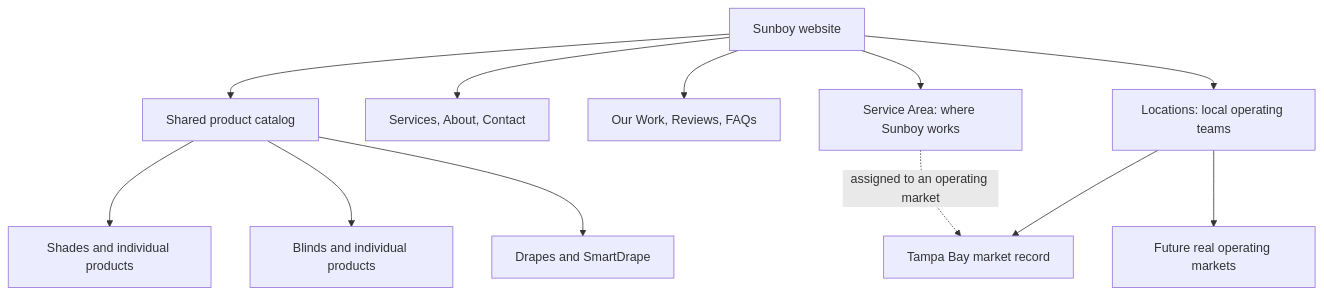
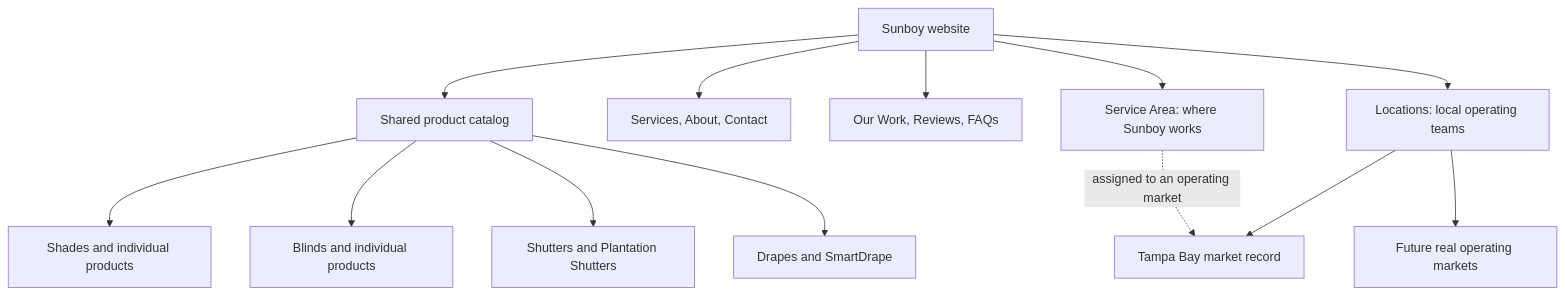
The diagram in architecture/README.md (cody-del/Sunboyblinds), drawn with Mermaid before and after one commit. The commit also changed other lines of this file and 32 other files, not shown here.

Commit message:
Align product menus and add Plantation Shutters

````diff
--- a/architecture/README.md
+++ b/architecture/README.md
@@ -11,14 +11,15 @@
 ```mermaid
 flowchart TD
     Brand["Sunboy website"] --> Catalog["Shared product catalog"]
     Brand --> Company["Services, About, Contact"]
     Brand --> Proof["Our Work, Reviews, FAQs"]
     Brand --> Coverage["Service Area: where Sunboy works"]
     Brand --> Locations["Locations: local operating teams"]
     Catalog --> Shades["Shades and individual products"]
     Catalog --> Blinds["Blinds and individual products"]
+    Catalog --> Shutters["Shutters and Plantation Shutters"]
     Catalog --> Drapes["Drapes and SmartDrape"]
     Locations --> Tampa["Tampa Bay market record"]
     Locations --> Future["Future real operating markets"]
     Coverage -. "assigned to an operating market" .-> Tampa
 ```
````
